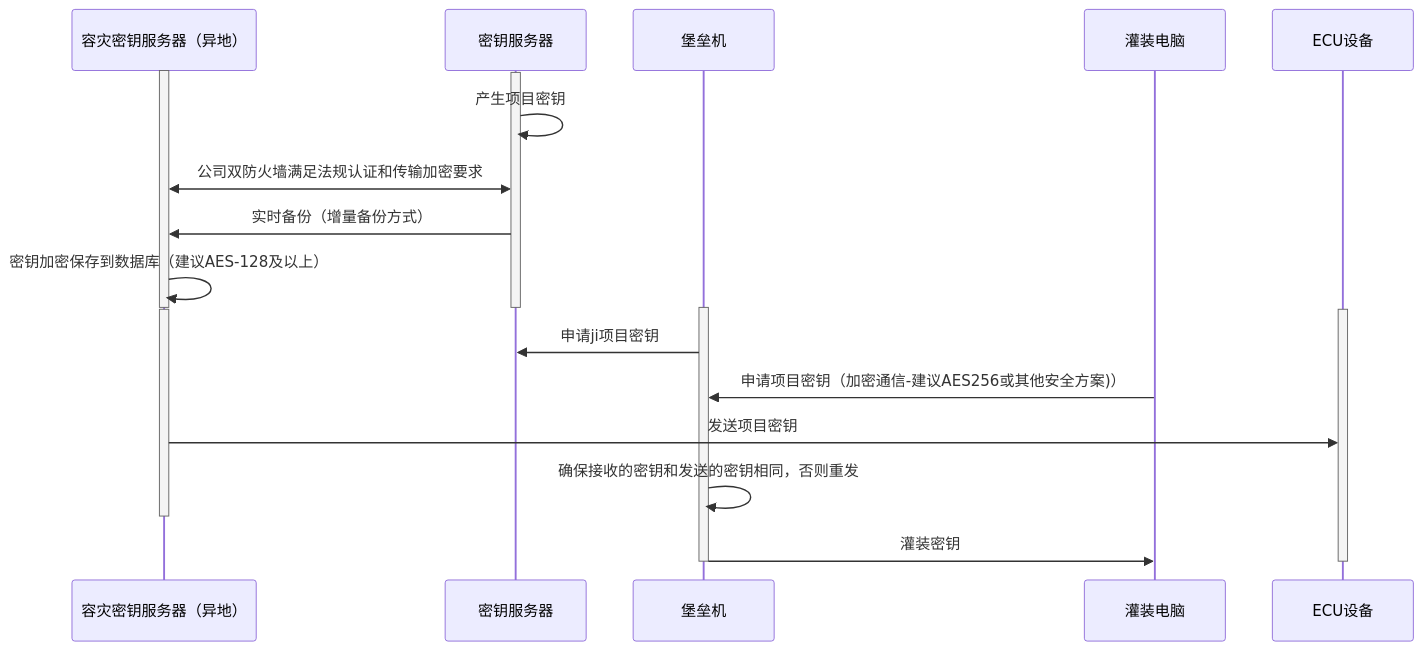
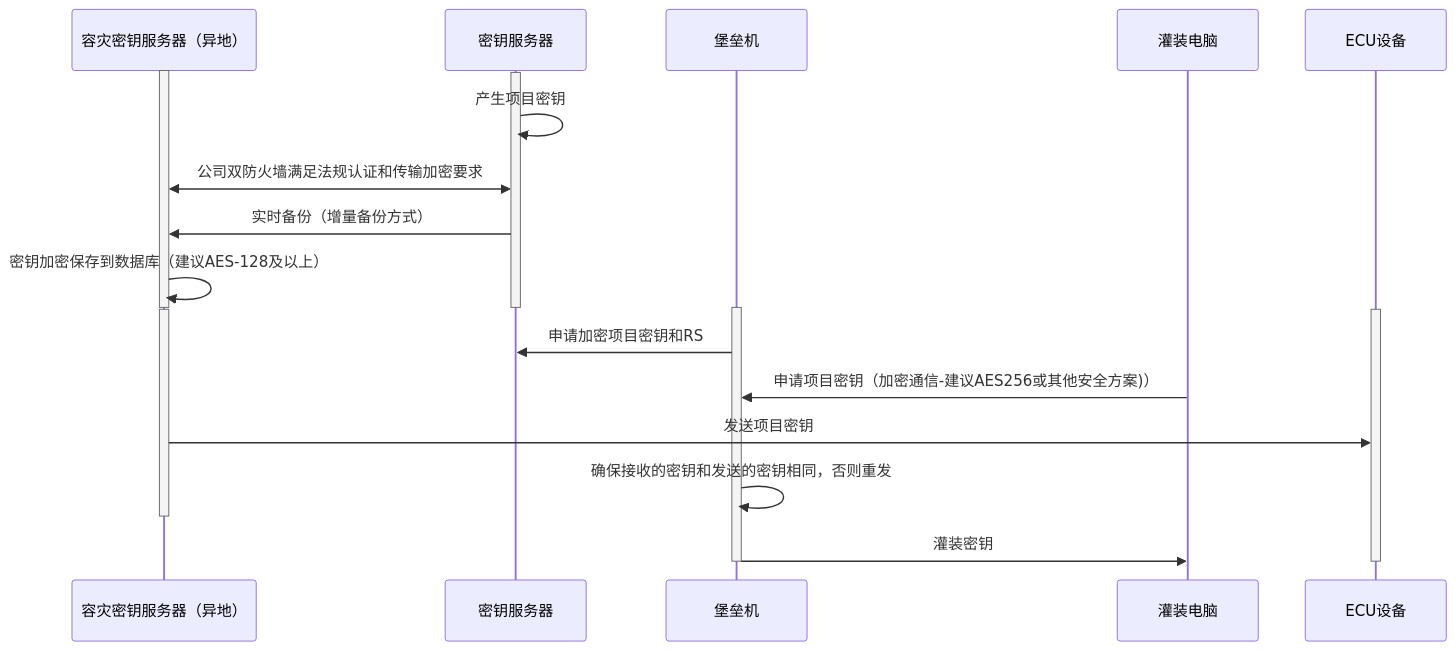
The diagram in all/未命名-15.md (facebook-cloud/iodraw-files), drawn with Mermaid before and after one commit.

Commit message:
2026-02-07 10:06:53 update

````diff
--- a/all/未命名-15.md
+++ b/all/未命名-15.md
@@ -1,32 +1,32 @@
 ```mermaid
 sequenceDiagram
     participant A as 容灾密钥服务器（异地）
     participant B as 密钥服务器
     participant C as 堡垒机
     participant D as 灌装电脑
     participant E as ECU设备
 
     activate A
     activate B
     B->>B: 产生项目密钥
     A<<->>B: 公司双防火墙满足法规认证和传输加密要求
     B->>A: 实时备份（增量备份方式）
     A->>A: 密钥加密保存到数据库（建议AES-128及以上）
     deactivate B
     deactivate A
 
     activate C
     activate A
     activate E
 
-    C->>B: 申请ji项目密钥
+    C->>B: 申请加密项目密钥和RS
     D->>C: 申请项目密钥（加密通信-建议AES256或其他安全方案)）
     A->>E: 发送项目密钥
 
     C->>C: 确保接收的密钥和发送的密钥相同，否则重发
     deactivate A
     C->>D: 灌装密钥
     deactivate C
     deactivate E
 
 ```
````
